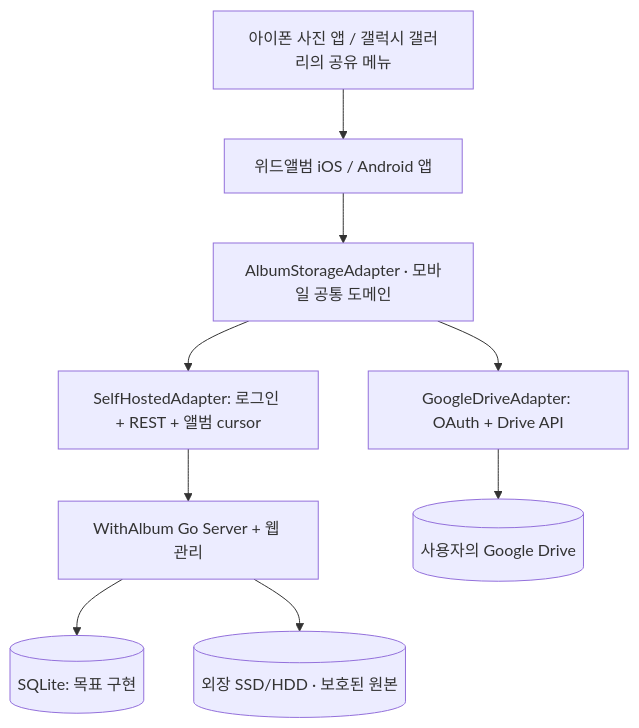
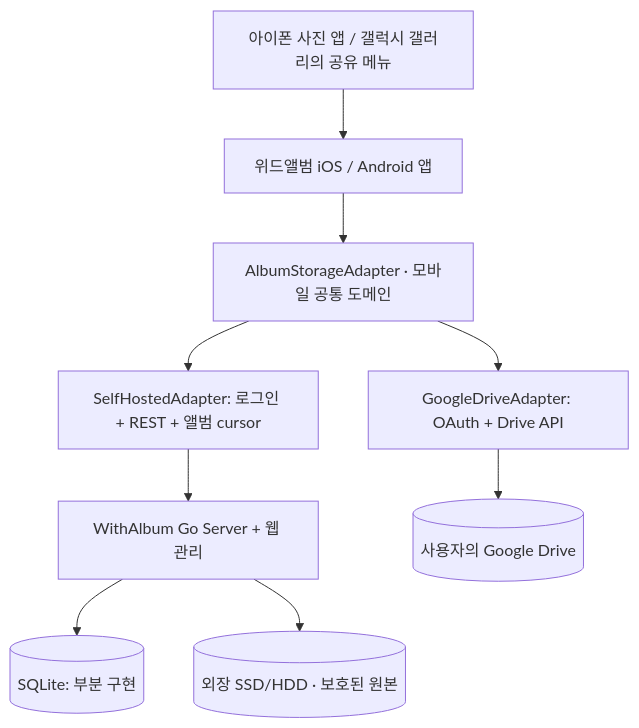
Before and after one commit to aaaicu/withalbum: the diagram in README.md, drawn with Mermaid. The commit also changed other lines of this file and 11 other files, not shown here.

````diff
--- a/README.md
+++ b/README.md
@@ -151,11 +152,11 @@
 ```mermaid
 flowchart TD
     Share[아이폰 사진 앱 / 갤럭시 갤러리의 공유 메뉴] --> App[위드앨범 iOS / Android 앱]
     App --> Storage[AlbumStorageAdapter · 모바일 공통 도메인]
     Storage --> Hosted[SelfHostedAdapter: 로그인 + REST + 앨범 cursor]
     Storage --> Drive[GoogleDriveAdapter: OAuth + Drive API]
     Hosted --> Go[WithAlbum Go Server + 웹 관리]
-    Go --> DB[(SQLite: 목표 구현)]
+    Go --> DB[(SQLite: 부분 구현)]
     Go --> CAS[(외장 SSD/HDD · 보호된 원본)]
     Drive --> GD[(사용자의 Google Drive)]
 ```
````
